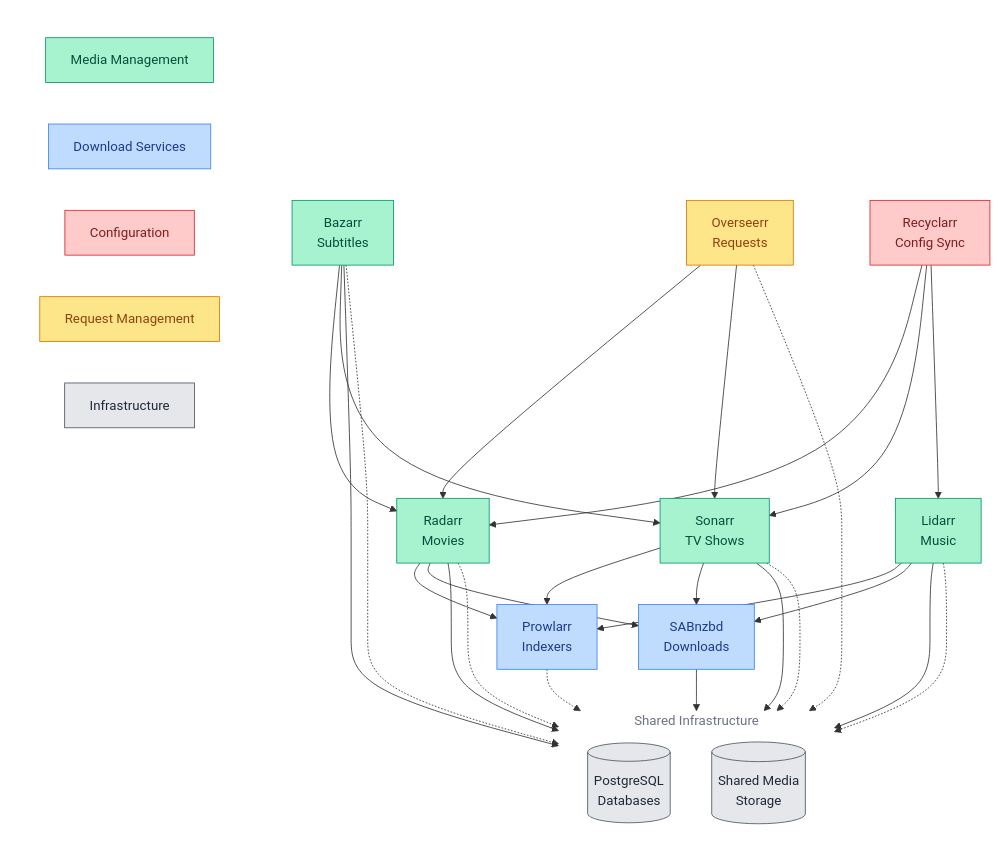
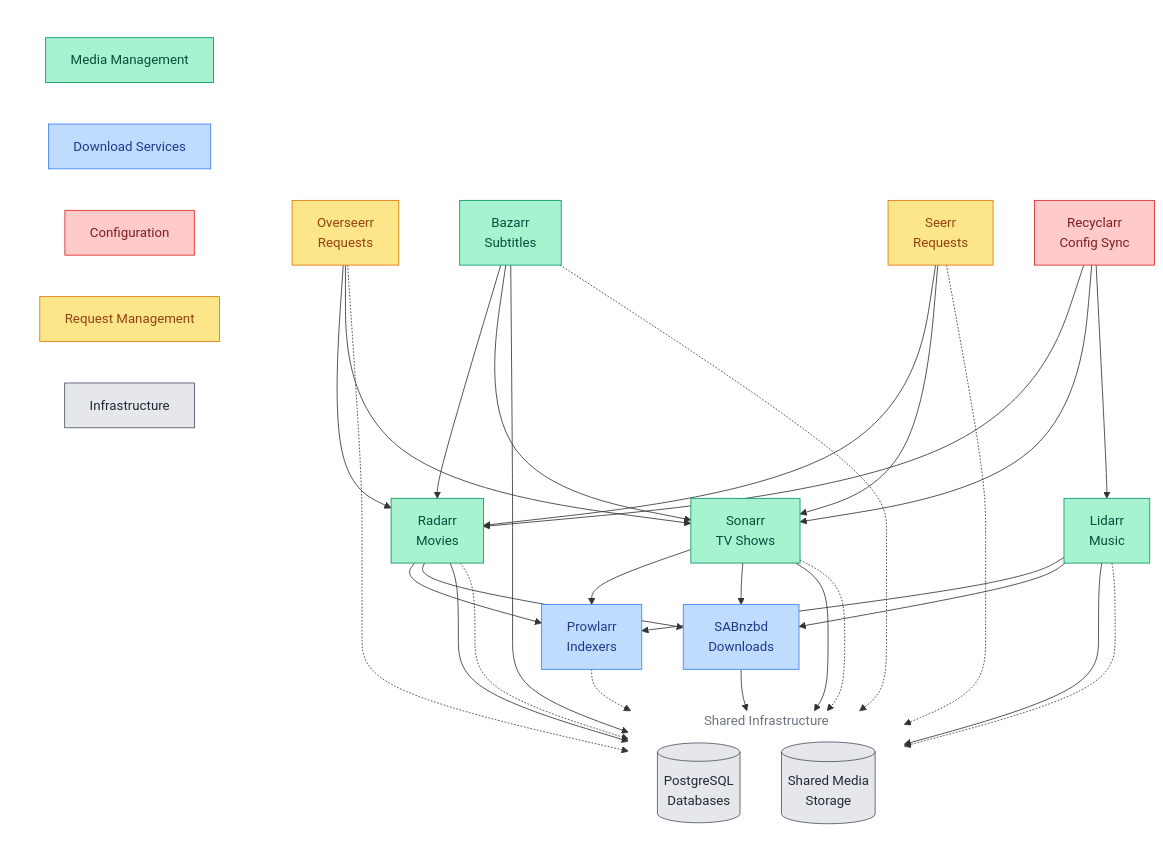
One commit to ppat/homelab-ops-kubernetes-apps changed the diagram in apps/subsystems/downloaders/README.md. Above: the diagram before and after it, drawn with Mermaid. The commit also changed other lines of this file and 15 other files, not shown here.

```diff
--- a/apps/subsystems/downloaders/README.md
+++ b/apps/subsystems/downloaders/README.md
@@ -57,6 +57,7 @@
 
     %% Request Management
     overseerr[Overseerr<br/>Requests]:::request
+    seerr[Seerr<br/>Requests]:::request
 
     %% Shared Infrastructure
     subgraph infrastructure[Shared Infrastructure]
@@ -68,6 +69,8 @@
     %% Request Flow
     overseerr --> radarr
     overseerr --> sonarr
+    seerr --> radarr
+    seerr --> sonarr
 
     %% Media Management Flow
     radarr --> prowlarr
@@ -95,6 +98,7 @@
     bazarr -.-> postgres
     prowlarr -.-> postgres
     overseerr -.-> postgres
+    seerr -.-> postgres
 
     %% Configuration Management
     recyclarr --> radarr
```
